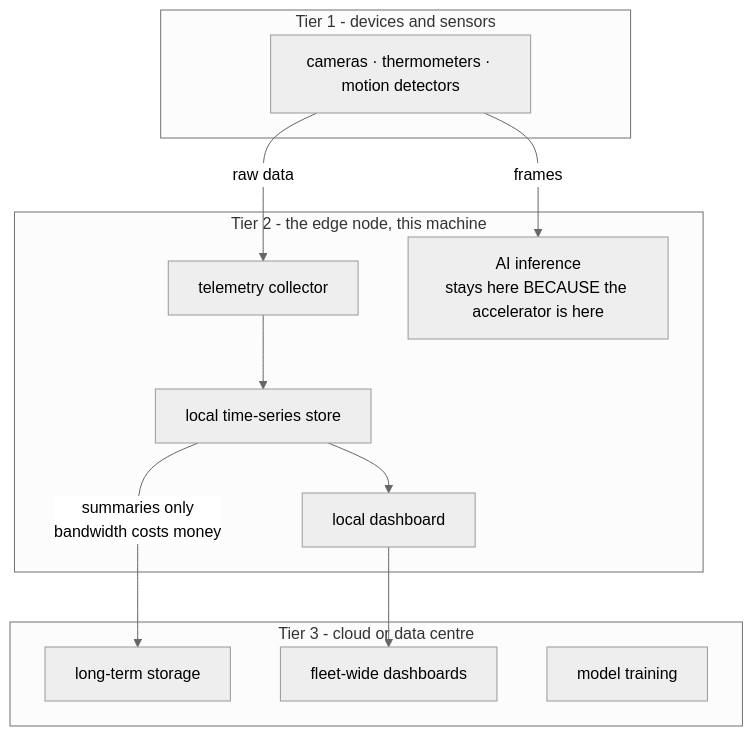
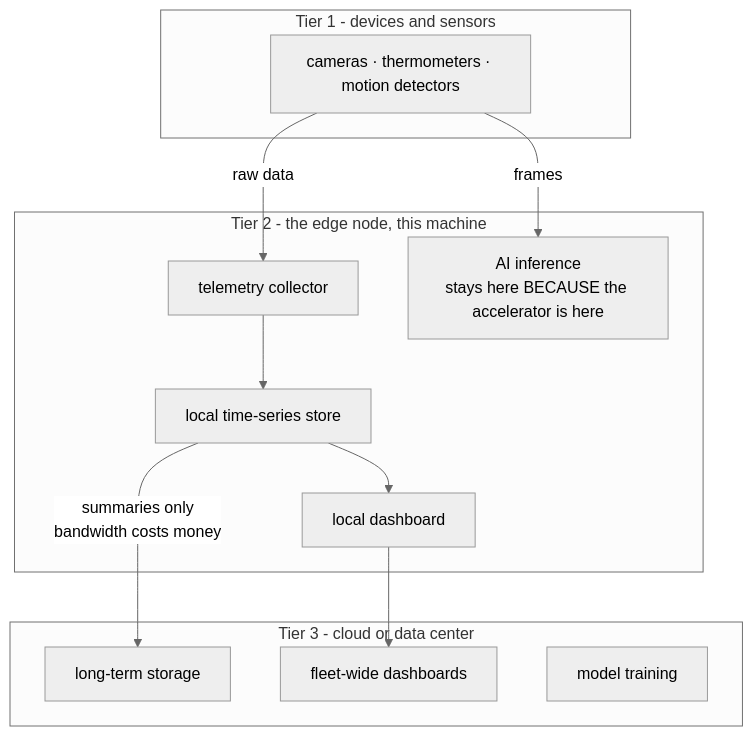
Before and after one commit to mpapka/EdgeNotebook: the first of 2 diagrams in Stories/02.md, drawn with Mermaid (neutral theme). The commit also changed other lines of this file and 14 other files, not shown here.

````diff
--- a/Stories/02.md
+++ b/Stories/02.md
@@ -33,23 +33,23 @@
 ```mermaid
 flowchart TD
   subgraph T1["Tier 1 - devices and sensors"]
     S["cameras · thermometers · motion detectors"]
   end
   subgraph T2["Tier 2 - the edge node, this machine"]
     C["telemetry collector"]
     AI["AI inference<br/>stays here BECAUSE the accelerator is here"]
     DB["local time-series store"]
     Dash["local dashboard"]
     C --> DB
     DB --> Dash
   end
-  subgraph T3["Tier 3 - cloud or data centre"]
+  subgraph T3["Tier 3 - cloud or data center"]
     Long["long-term storage"]
     Fleet["fleet-wide dashboards"]
     Train["model training"]
   end
   S -->|"raw data"| C
   S -->|"frames"| AI
   DB -->|"summaries only<br/>bandwidth costs money"| Long
   Dash --> Fleet
 ```
````
